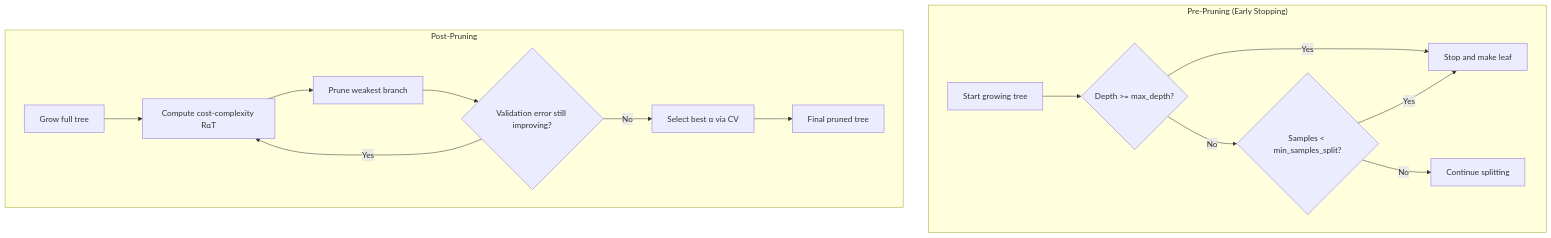
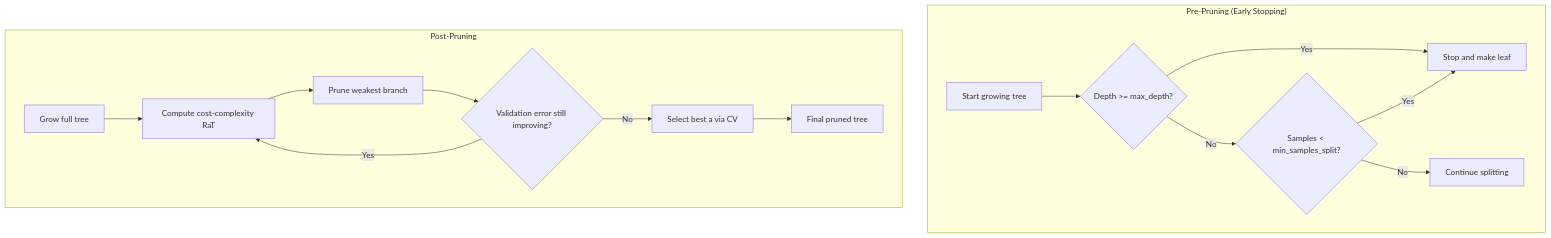
One commit to Raushan666java/ai-engineering-journey changed the second of 3 diagrams in docs/courses/machine-learning/04-decision-trees.md. Above: the diagram before and after it, drawn with Mermaid. The commit also changed other lines of this file and 790 other files, not shown here.

Commit message:
Sync all course diagram renders and content updates

````diff
--- a/docs/courses/machine-learning/04-decision-trees.md
+++ b/docs/courses/machine-learning/04-decision-trees.md
@@ -188,18 +188,18 @@
 ```mermaid
 flowchart TD
     subgraph "Pre-Pruning (Early Stopping)"
         A[Start growing tree] --> B{Depth >= max_depth?}
         B -->|Yes| C[Stop and make leaf]
         B -->|No| D{Samples < min_samples_split?}
         D -->|Yes| C
         D -->|No| E[Continue splitting]
     end
     subgraph "Post-Pruning"
-        F[Grow full tree] --> G[Compute cost-complexity RαT]
+        F[Grow full tree] --> G[Compute cost-complexity RaT]
         G --> H[Prune weakest branch]
         H --> I{Validation error still improving?}
         I -->|Yes| G
-        I -->|No| J[Select best α via CV]
+        I -->|No| J[Select best a via CV]
         J --> K[Final pruned tree]
     end
 ```
````
